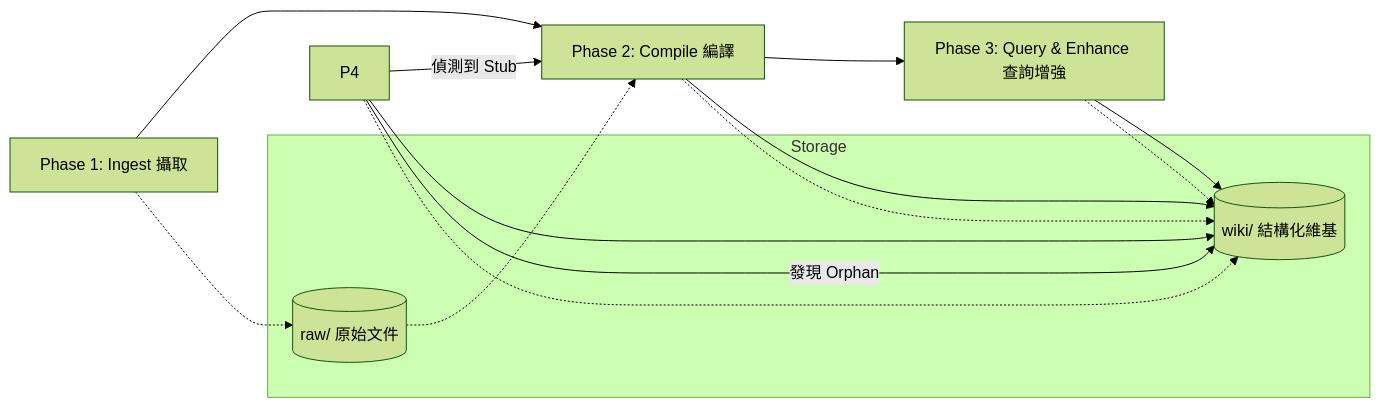
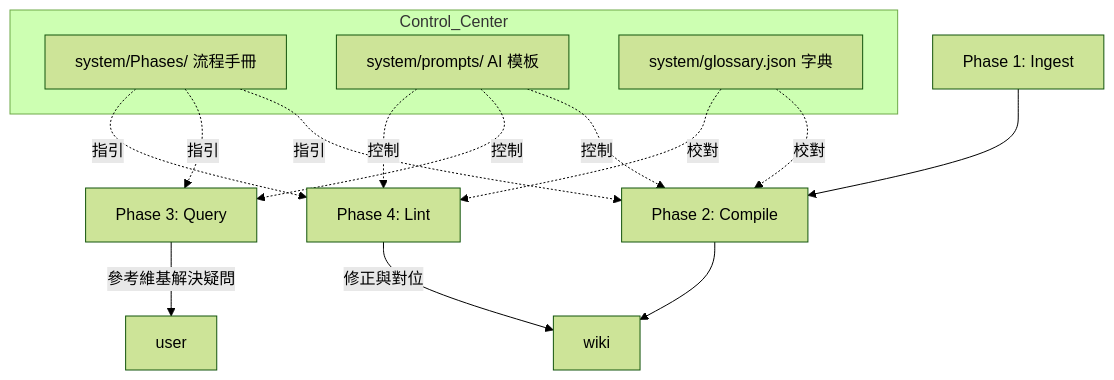
Before and after one commit to balboku/Second-Brain: the diagram in README.md, drawn with Mermaid (forest theme). The commit also changed other lines of this file and 6 other files, not shown here.

````diff
--- a/README.md
+++ b/README.md
@@ -24,22 +25,17 @@
 ```mermaid
-graph LR
-    P1[Phase 1: Ingest 攝取] --> P2[Phase 2: Compile 編譯]
-    P2 --> P3[Phase 3: Query & Enhance 查詢增強]
+graph TD
+    P1[Phase 1: Ingest] --> P2[Phase 2: Compile]
     P2 --> wiki
-    P3 --> wiki
-    P4 --> wiki
+    P4[Phase 4: Lint] -- 修正與對位 --> wiki
+    P3[Phase 3: Query] -- 參考維基解決疑問 --> user
     
-    P4 -- 偵測到 Stub --> P2
-    P4 -- 發現 Orphan --> wiki
-    
-    subgraph Storage
-        raw[(raw/ 原始文件)]
-        wiki[(wiki/ 結構化維基)]
+    subgraph Control_Center
+        Doc[system/Phases/ 流程手冊]
+        Prompt[system/prompts/ AI 模板]
+        Glossary[system/glossary.json 字典]
     end
     
-    P1 -.-> raw
-    raw -.-> P2
-    P2 -.-> wiki
-    P3 -.-> wiki
-    P4 -.-> wiki
+    Doc -. 指引 .-> P2 & P3 & P4
+    Prompt -. 控制 .-> P2 & P3 & P4
+    Glossary -. 校對 .-> P2 & P4
 ```
````
